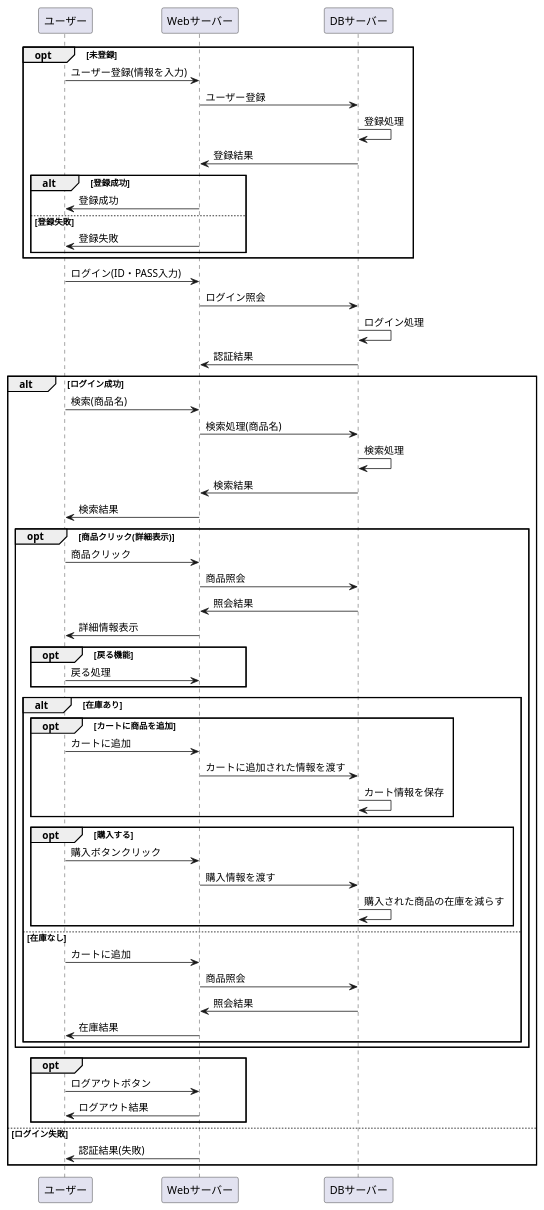
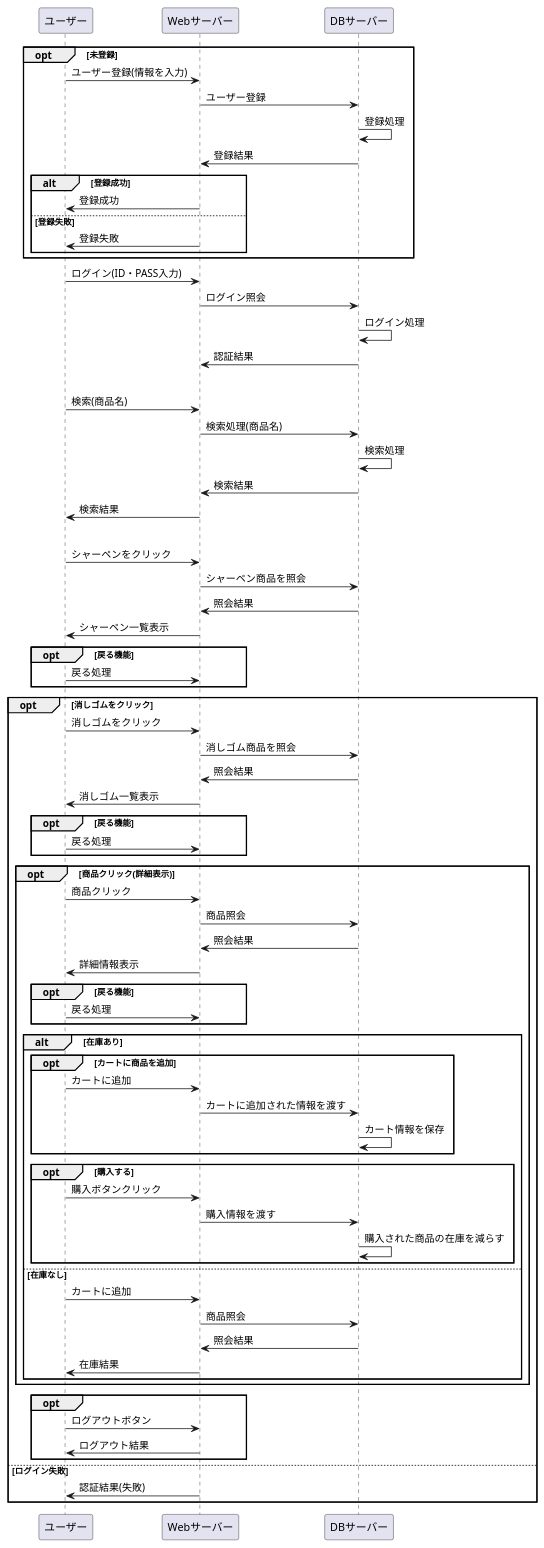
The diagram in あの消し.業務フロー.md (Aso2001184/2021sys-design), drawn with PlantUML before and after one commit.

```diff
--- a/あの消し.業務フロー.md
+++ b/あの消し.業務フロー.md
@@ -25,6 +25,25 @@
 DBサーバー -> DBサーバー : 検索処理
 DBサーバー -> Webサーバー : 検索結果
 Webサーバー -> ユーザー : 検索結果
+
+opt シャーペンをクリック
+ユーザー -> Webサーバー : シャーペンをクリック
+Webサーバー -> DBサーバー : シャーペン商品を照会
+DBサーバー -> Webサーバー : 照会結果
+Webサーバー -> ユーザー : シャーペン一覧表示
+opt 戻る機能
+ユーザー -> Webサーバー : 戻る処理
+end
+
+opt 消しゴムをクリック
+ユーザー -> Webサーバー : 消しゴムをクリック
+Webサーバー -> DBサーバー : 消しゴム商品を照会
+DBサーバー -> Webサーバー : 照会結果
+Webサーバー -> ユーザー : 消しゴム一覧表示
+opt 戻る機能
+ユーザー -> Webサーバー : 戻る処理
+end
+
 
 opt 商品クリック(詳細表示)
 ユーザー -> Webサーバー : 商品クリック
```
